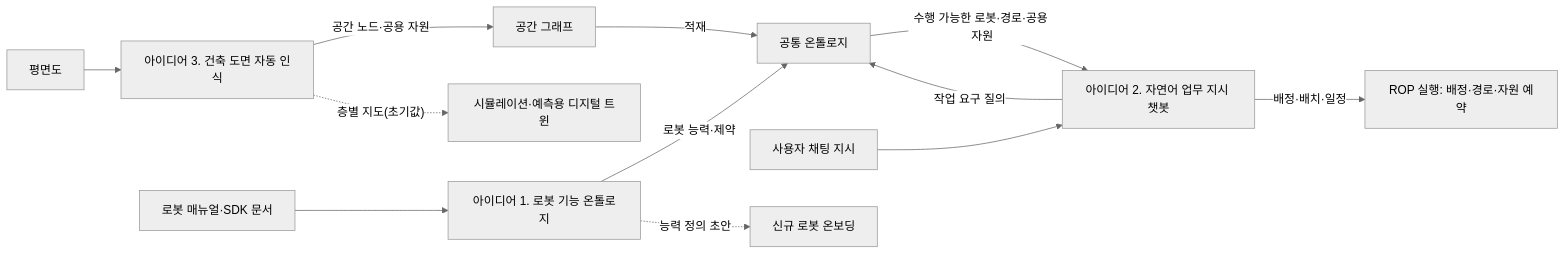
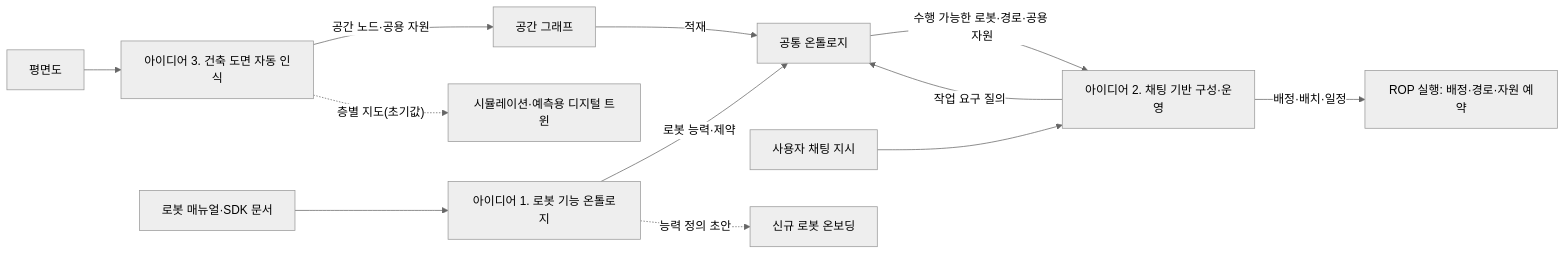
One commit to MJKIM84/ai-hub changed the diagram in rop-wiki/docs/ideas/index.md. Above: the diagram before and after it, drawn with Mermaid (neutral theme). The commit also changed other lines of this file and 1243 other files, not shown here.

````diff
--- a/rop-wiki/docs/ideas/index.md
+++ b/rop-wiki/docs/ideas/index.md
@@ -33,14 +33,14 @@
 ```mermaid
 flowchart LR
   plan["평면도"] --> idea3["아이디어 3. 건축 도면 자동 인식"]
   idea3 -->|"공간 노드·공용 자원"| sgraph["공간 그래프"]
   manual["로봇 매뉴얼·SDK 문서"] --> idea1["아이디어 1. 로봇 기능 온톨로지"]
   idea1 -->|"로봇 능력·제약"| onto["공통 온톨로지"]
   sgraph -->|"적재"| onto
-  chat["사용자 채팅 지시"] --> idea2["아이디어 2. 자연어 업무 지시 챗봇"]
+  chat["사용자 채팅 지시"] --> idea2["아이디어 2. 채팅 기반 구성·운영"]
   idea2 -->|"작업 요구 질의"| onto
   onto -->|"수행 가능한 로봇·경로·공용 자원"| idea2
   idea2 -->|"배정·배치·일정"| rop["ROP 실행: 배정·경로·자원 예약"]
   idea3 -.->|"층별 지도(초기값)"| sim["시뮬레이션·예측용 디지털 트윈"]
   idea1 -.->|"능력 정의 초안"| onboard["신규 로봇 온보딩"]
 ```
````
